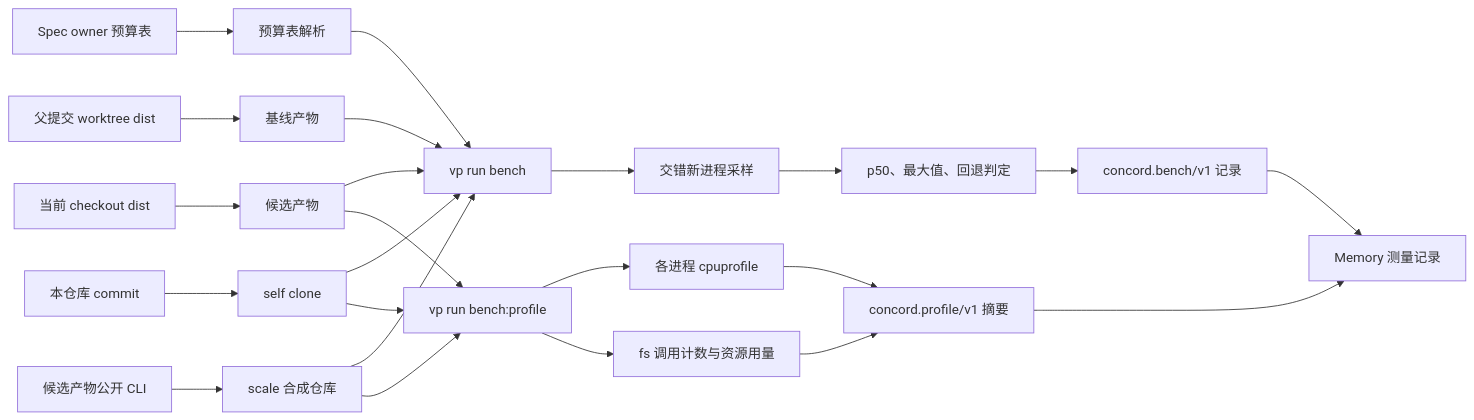
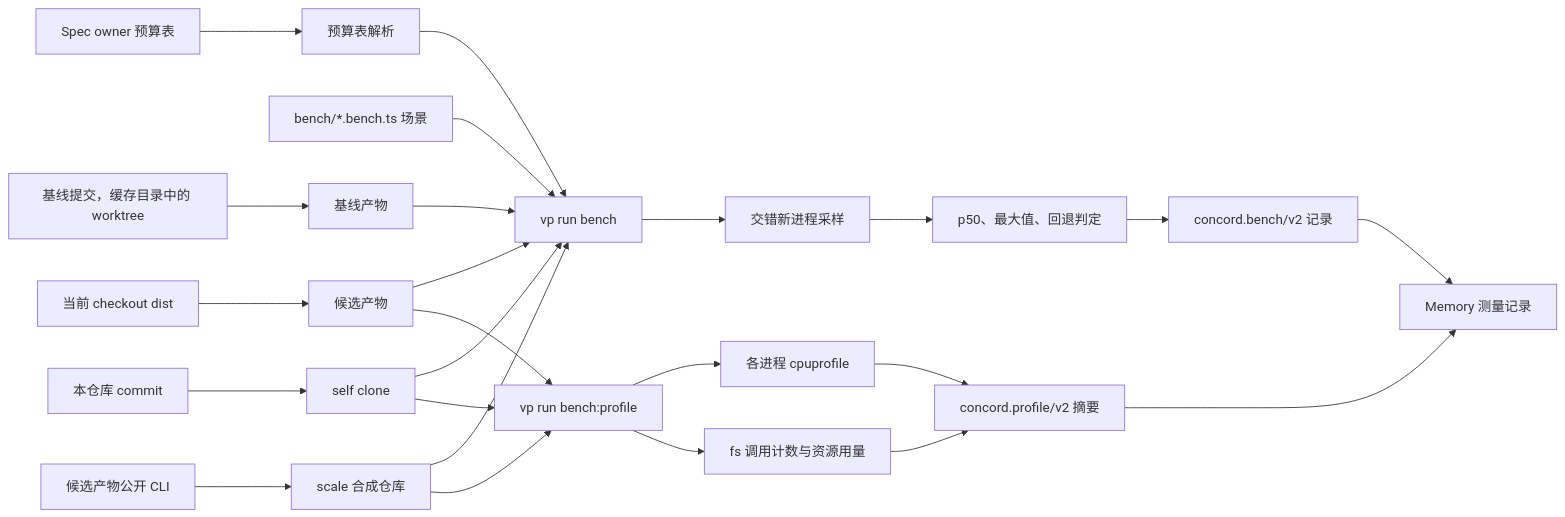
Before and after one commit to CorrectRoadH/Concord: the diagram in docs/engineering/concord-self-hosting/performance.md, drawn with Mermaid. The commit also changed other lines of this file and 1 other file, not shown here.

First line of the commit message:
Specify feature-owned benchmark scenarios and change-scoped comparison

````diff
--- a/docs/engineering/concord-self-hosting/performance.md
+++ b/docs/engineering/concord-self-hosting/performance.md
@@ -79,25 +107,26 @@
 ```mermaid
 flowchart LR
   Owners[Spec owner 预算表] --> Budgets[预算表解析]
+  Scenarios[bench/*.bench.ts 场景] --> Bench
   Checkout[当前 checkout dist] --> Candidate[候选产物]
-  Parent[父提交 worktree dist] --> Baseline[基线产物]
+  Parent[基线提交，缓存目录中的 worktree] --> Baseline[基线产物]
   Commit[本仓库 commit] --> Self[self clone]
   CLI[候选产物公开 CLI] --> Scale[scale 合成仓库]
   Budgets --> Bench[vp run bench]
   Candidate --> Bench
   Baseline --> Bench
   Self --> Bench
   Scale --> Bench
   Bench --> Samples[交错新进程采样]
   Samples --> Verdict[p50、最大值、回退判定]
-  Verdict --> Record[concord.bench/v1 记录]
+  Verdict --> Record[concord.bench/v2 记录]
   Candidate --> Profile[vp run bench:profile]
   Self --> Profile
   Scale --> Profile
   Profile --> CPU[各进程 cpuprofile]
   Profile --> FS[fs 调用计数与资源用量]
-  CPU --> Summary[concord.profile/v1 摘要]
+  CPU --> Summary[concord.profile/v2 摘要]
   FS --> Summary
   Record --> Memory[Memory 测量记录]
   Summary --> Memory
 ```
````
